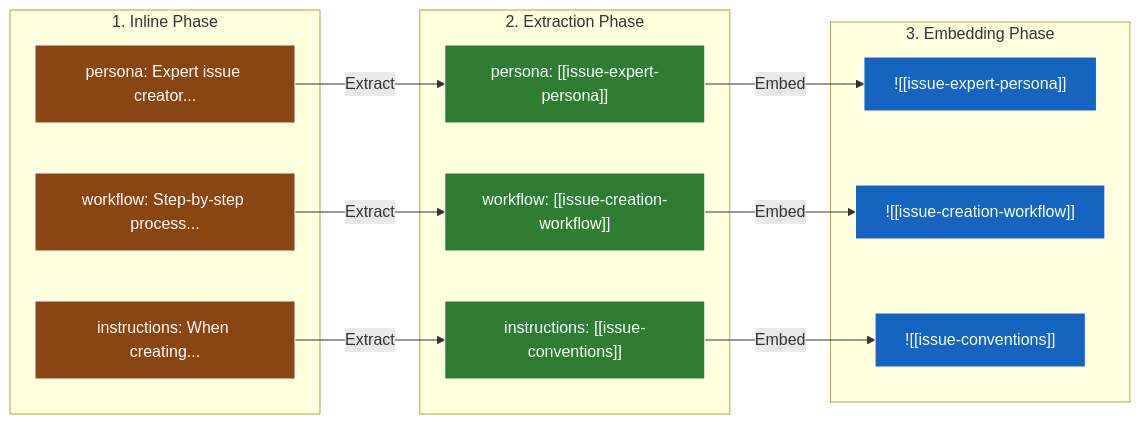
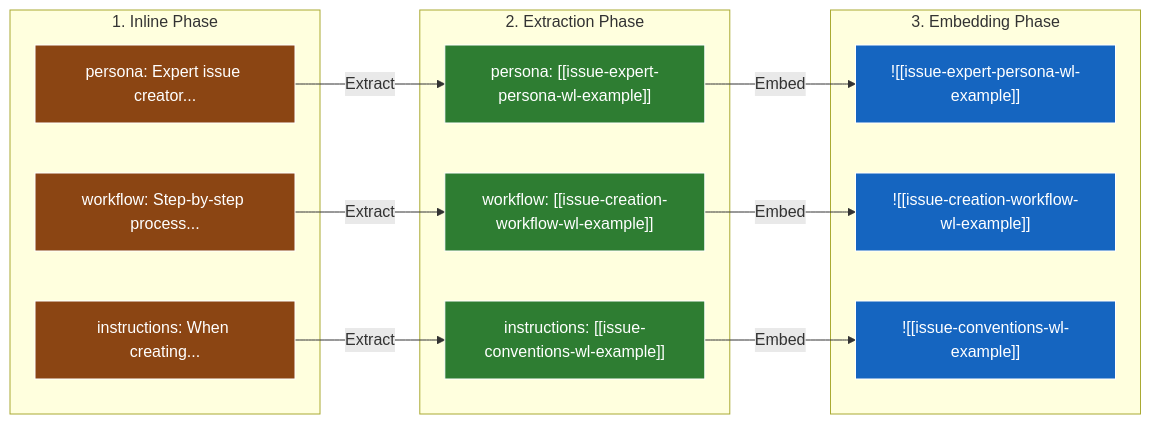
One commit to its-brianwithai/pew-pew-plx changed the second of 3 diagrams in concepts/a-good-prompt.md. Above: the diagram before and after it, drawn with Mermaid. The commit also changed other lines of this file and 202 other files, not shown here.

````diff
--- a/concepts/a-good-prompt.md
+++ b/concepts/a-good-prompt.md
@@ -113,38 +113,38 @@
 ```mermaid
 graph LR
     subgraph "1. Inline Phase"
         I1[persona: Expert issue creator...]
         I2[workflow: Step-by-step process...]
         I3[instructions: When creating...]
     end
     
     subgraph "2. Extraction Phase"
-        E1["persona: [[issue-expert-persona]]"]
-        E2["workflow: [[issue-creation-workflow]]"]
-        E3["instructions: [[issue-conventions]]"]
+        E1["persona: [[issue-expert-persona-wl-example]]"]
+        E2["workflow: [[issue-creation-workflow-wl-example]]"]
+        E3["instructions: [[issue-conventions-wl-example]]"]
     end
     
     subgraph "3. Embedding Phase"
-        EM1["![[issue-expert-persona]]"]
-        EM2["![[issue-creation-workflow]]"]
-        EM3["![[issue-conventions]]"]
+        EM1["![[issue-expert-persona-wl-example]]"]
+        EM2["![[issue-creation-workflow-wl-example]]"]
+        EM3["![[issue-conventions-wl-example]]"]
     end
     
     I1 -->|Extract| E1
     I2 -->|Extract| E2
     I3 -->|Extract| E3
     
     E1 -->|Embed| EM1
     E2 -->|Embed| EM2
     E3 -->|Embed| EM3
     
     style I1 fill:#8b4513,stroke:#fff,color:#fff
     style I2 fill:#8b4513,stroke:#fff,color:#fff
     style I3 fill:#8b4513,stroke:#fff,color:#fff
     style E1 fill:#2e7d32,stroke:#fff,color:#fff
     style E2 fill:#2e7d32,stroke:#fff,color:#fff
     style E3 fill:#2e7d32,stroke:#fff,color:#fff
     style EM1 fill:#1565c0,stroke:#fff,color:#fff
     style EM2 fill:#1565c0,stroke:#fff,color:#fff
     style EM3 fill:#1565c0,stroke:#fff,color:#fff
 ```
````
